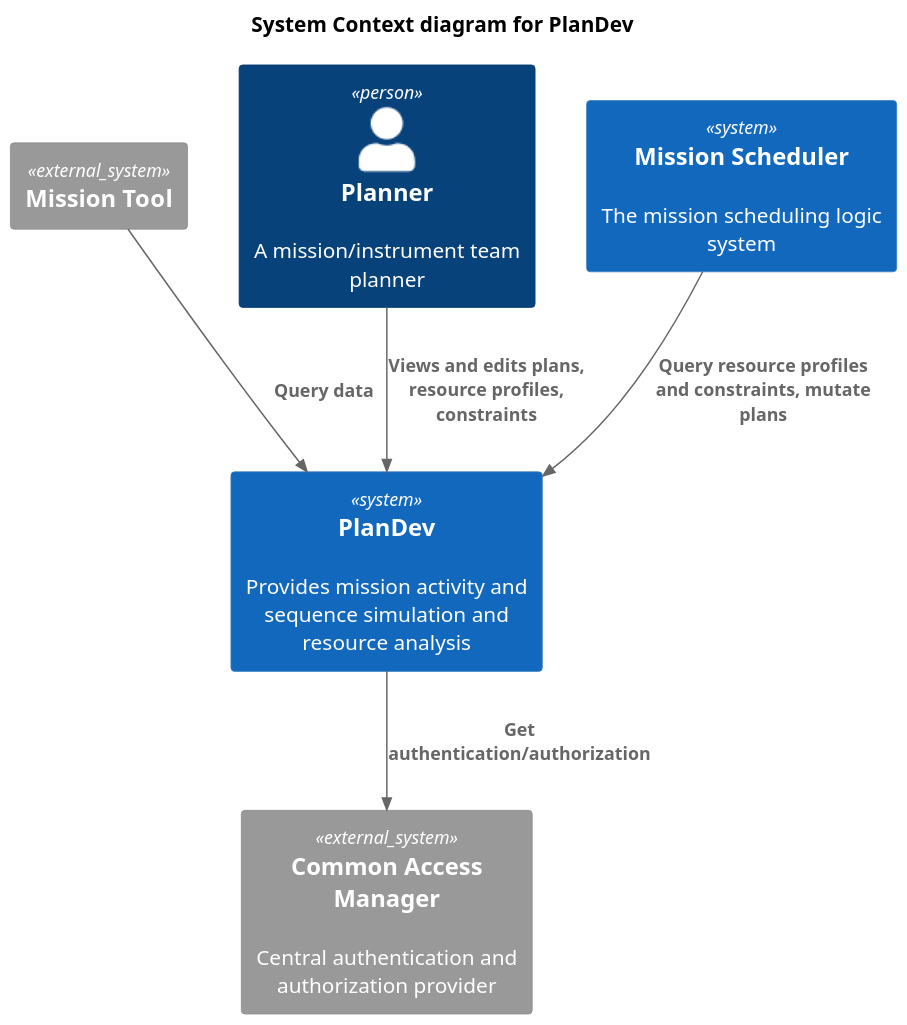
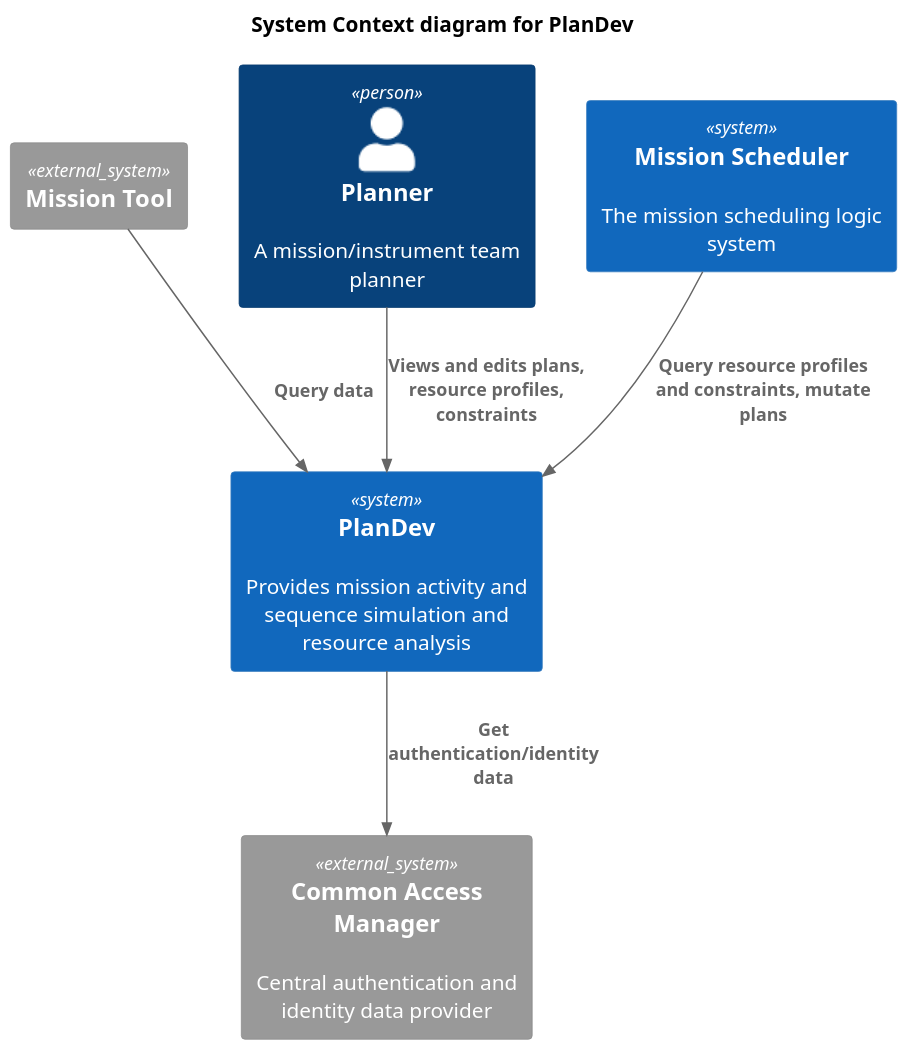
Before and after one commit to NASA-AMMOS/plandev-docs: the diagram in docs/overview/design/assets/c4-plandev-context.puml, drawn with PlantUML. The commit also changed 1 other file, not shown here.

```diff
--- a/docs/overview/design/assets/c4-plandev-context.puml
+++ b/docs/overview/design/assets/c4-plandev-context.puml
@@ -1,20 +1,20 @@
 @startuml
 !include https://raw.githubusercontent.com/plantuml-stdlib/C4-PlantUML/master/C4_Container.puml
 scale 1.5
 title System Context diagram for PlanDev
 
 System_Ext(missionTool, "Mission Tool")
 Person(planner, "Planner", "A mission/instrument team planner")
 System(missionScheduler, "Mission Scheduler", "The mission scheduling logic system")
 
 System(plandev, "PlanDev", "Provides mission activity and sequence simulation and resource analysis")
 
-System_Ext(cam, "Common Access Manager", "Central authentication and authorization provider")
+System_Ext(cam, "Common Access Manager", "Central authentication and identity data provider")
 
 Rel_D(missionTool, plandev, "Query data")
 Rel_D(planner, plandev, "Views and edits plans, resource profiles, constraints")
 Rel_D(missionScheduler, plandev, "Query resource profiles and constraints, mutate plans")
 
-Rel_D(plandev, cam, "Get authentication/authorization")
+Rel_D(plandev, cam, "Get authentication/identity data")
 
 @enduml
```
